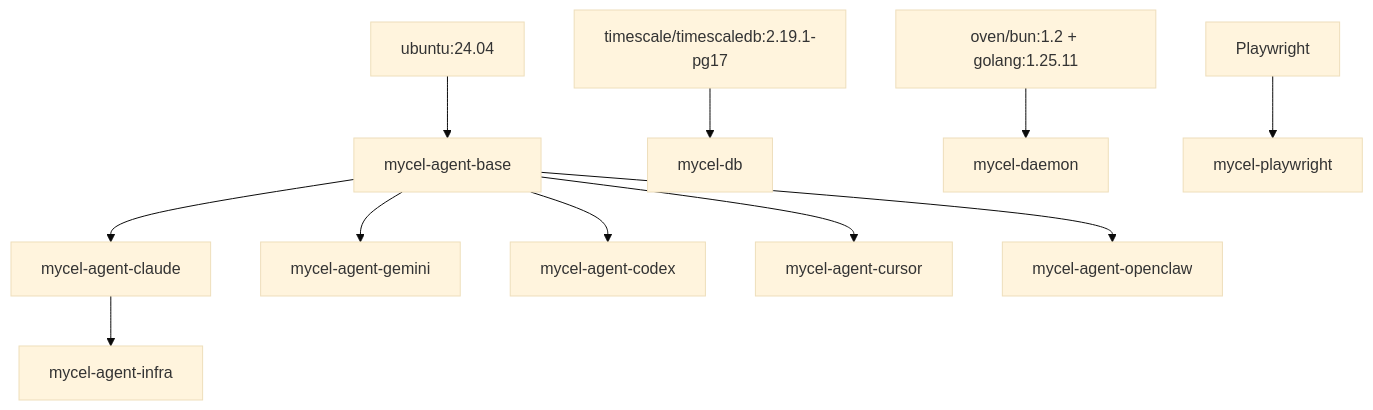
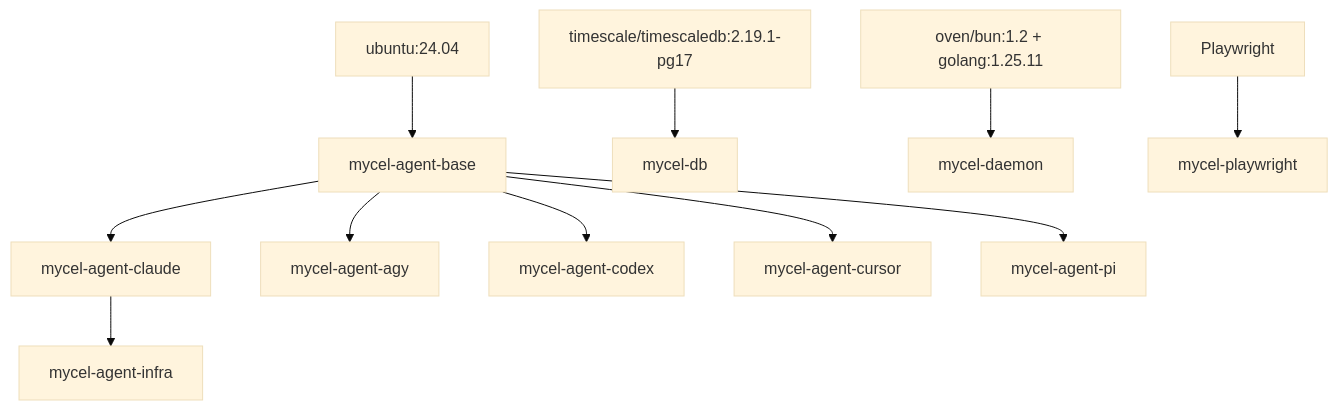
Before and after one commit to rpuneet/bc: the second of 3 diagrams in docs/explanation/deployment.md, drawn with Mermaid (base theme). The commit also changed other lines of this file and 30 other files, not shown here.

````diff
--- a/docs/explanation/deployment.md
+++ b/docs/explanation/deployment.md
@@ -46,14 +46,14 @@
 ```mermaid
 graph TD
     U[ubuntu:24.04] --> BASE[mycel-agent-base]
     BASE --> CLAUDE[mycel-agent-claude]
-    BASE --> GEMINI[mycel-agent-gemini]
+    BASE --> AGY[mycel-agent-agy]
     BASE --> CODEX[mycel-agent-codex]
     BASE --> CURSOR[mycel-agent-cursor]
-    BASE --> OPENCLAW[mycel-agent-openclaw]
+    BASE --> PI[mycel-agent-pi]
     CLAUDE --> INFRA[mycel-agent-infra]
 
     TS[timescale/timescaledb:2.19.1-pg17] --> BCDB[mycel-db]
     BUILD[oven/bun:1.2 + golang:1.25.11] --> DAEMON[mycel-daemon]
     PW[Playwright] --> PWI[mycel-playwright]
 ```
````
